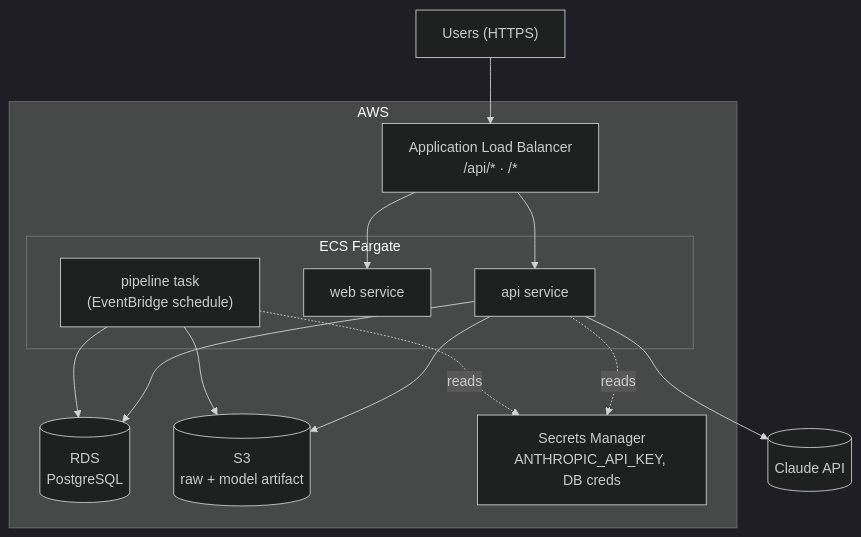
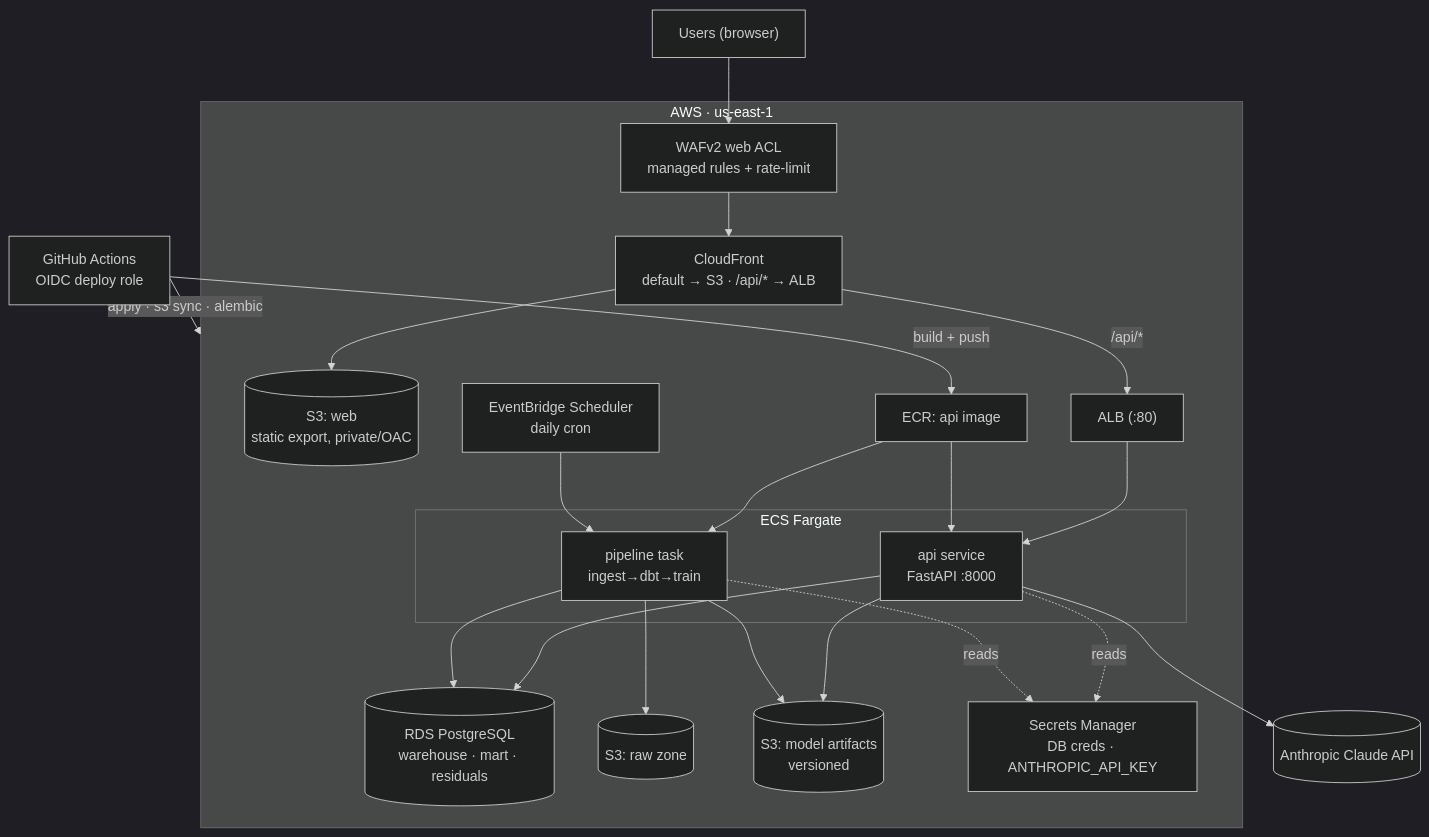
The fourth of 5 diagrams in docs/ARCHITECTURE.md (sunilmogadati/wb-health-monitor), drawn with Mermaid (dark theme) before and after one commit. The commit also changed other lines of this file and 2 other files, not shown here.

First line of the commit message:
docs/infra: teardown script + resource inventory + AWS architecture diagrams

````diff
--- a/docs/ARCHITECTURE.md
+++ b/docs/ARCHITECTURE.md
@@ -88,22 +91,34 @@
 ```mermaid
 flowchart TB
-    users["Users (HTTPS)"]
-    subgraph aws["AWS"]
-      alb["Application Load Balancer<br/>/api/* · /*"]
-      subgraph ecs["ECS Fargate"]
-        apisvc["api service"]
-        websvc["web service"]
-        job["pipeline task<br/>(EventBridge schedule)"]
+    users["Users (browser)"]
+    gh["GitHub Actions<br/>OIDC deploy role"]
+    claude[("Anthropic Claude API")]
+    subgraph aws["AWS · us-east-1"]
+      waf["WAFv2 web ACL<br/>managed rules + rate-limit"]
+      cf["CloudFront<br/>default → S3 · /api/* → ALB"]
+      s3web[("S3: web<br/>static export, private/OAC")]
+      alb["ALB (:80)"]
+      ecr["ECR: api image"]
+      evt["EventBridge Scheduler<br/>daily cron"]
+      subgraph ecsc["ECS Fargate"]
+        api["api service<br/>FastAPI :8000"]
+        pipe["pipeline task<br/>ingest→dbt→train"]
       end
-      rds[("RDS<br/>PostgreSQL")]
-      s3[("S3<br/>raw + model artifact")]
-      sm["Secrets Manager<br/>ANTHROPIC_API_KEY, DB creds"]
+      rds[("RDS PostgreSQL<br/>warehouse · mart · residuals")]
+      s3raw[("S3: raw zone")]
+      s3art[("S3: model artifacts<br/>versioned")]
+      sm["Secrets Manager<br/>DB creds · ANTHROPIC_API_KEY"]
     end
-    claude[("Claude API")]
 
-    users --> alb --> apisvc & websvc
-    apisvc --> rds & s3 & claude
-    job --> rds & s3
-    apisvc -.reads.-> sm
-    job -.reads.-> sm
+    users --> waf --> cf
+    cf --> s3web
+    cf -->|/api/*| alb --> api
+    gh -->|build + push| ecr
+    gh -->|apply · s3 sync · alembic| aws
+    ecr --> api & pipe
+    evt --> pipe
+    api --> rds & s3art & claude
+    api -.reads.-> sm
+    pipe --> rds & s3raw & s3art
+    pipe -.reads.-> sm
 ```
````
